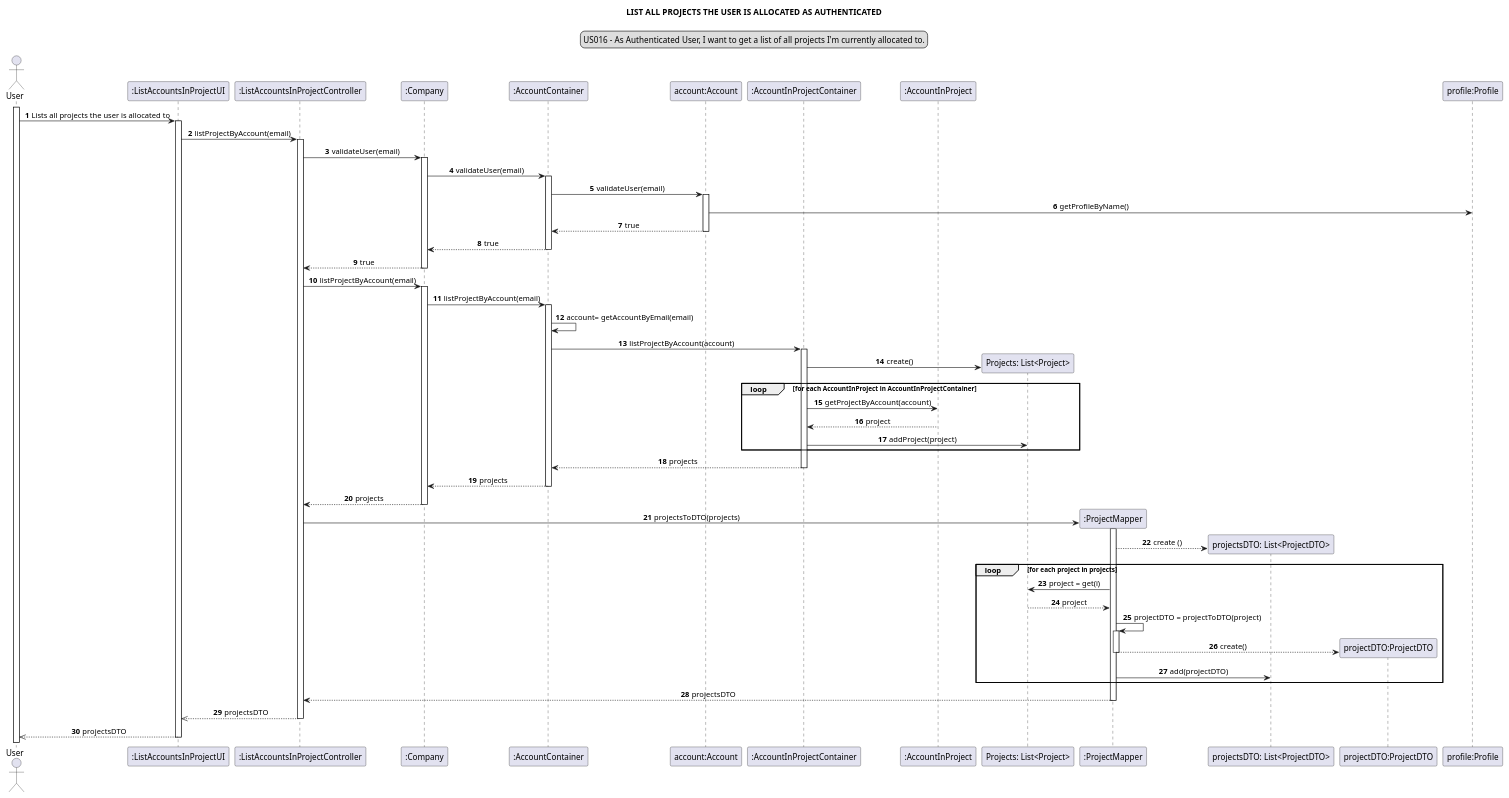
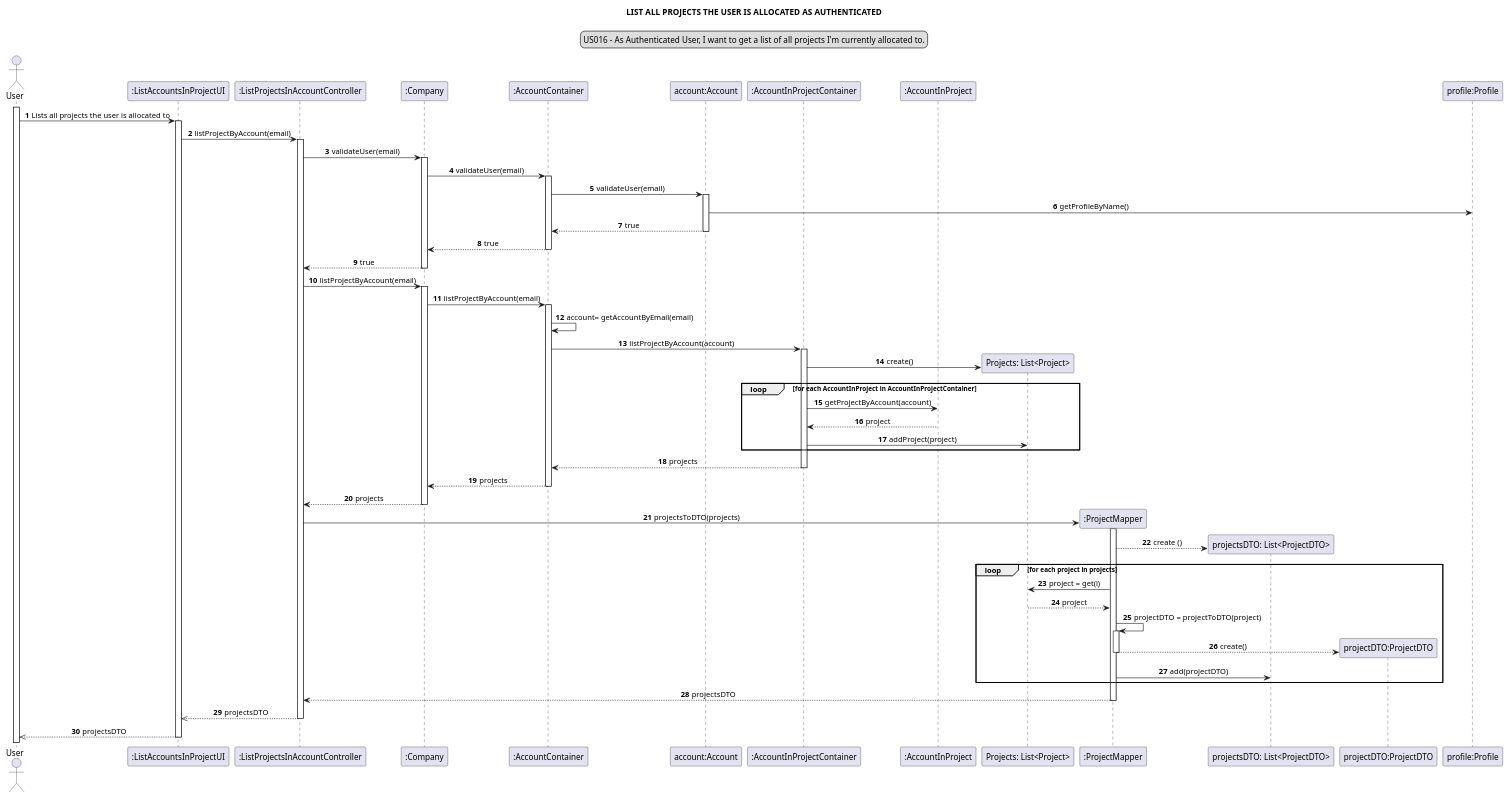
The diagram in docs/modelling_design/user_stories/sprint02/us016/US016_sequenceDiagram.puml (Loracline/project_switch_22-23), drawn with PlantUML before and after one commit.

Commit message:
US016:Implementation: added isUser method to Profile class and Account Class; added validateUser to AccountContainer Class and Company Class; Added respective tests to each ClassTest

```diff
--- a/docs/modelling_design/user_stories/sprint02/us016/US016_sequenceDiagram.puml
+++ b/docs/modelling_design/user_stories/sprint02/us016/US016_sequenceDiagram.puml
@@ -1,89 +1,89 @@
 @startuml
 skinparam sequenceMessageAlign center
 title LIST ALL PROJECTS THE USER IS ALLOCATED AS AUTHENTICATED
 legend top
 US016 - As Authenticated User, I want to get a list of all projects I'm currently allocated to.
 end legend
 autonumber
 actor User
 participant ":ListAccountsInProjectUI" as ui
-participant ":ListAccountsInProjectController" as controller
+participant ":ListProjectsInAccountController" as controller
 participant ":Company" as company
 participant ":AccountContainer" as container
 
 participant "account:Account" as acc
 participant ":AccountInProjectContainer" as aipc
 participant ":AccountInProject" as aip
 participant "Projects: List<Project>" as list
 participant ":ProjectMapper" as mapper
 participant "projectsDTO: List<ProjectDTO>" as listdto
 participant "projectDTO:ProjectDTO" as DTO
 participant "profile:Profile" as pf
 
 activate User
 User -> ui: Lists all projects the user is allocated to
 activate ui
 ui -> controller: listProjectByAccount(email)
 activate controller
 controller -> company: validateUser(email)
 activate company
 
 company -> container: validateUser(email)
 activate container
 container -> acc: validateUser(email)
 activate acc
 acc -> pf: getProfileByName()
 acc-->container : true
 deactivate acc
 container--> company: true
 deactivate container
 company --> controller: true
 deactivate company
 controller -> company: listProjectByAccount(email)
 activate company
 company -> container : listProjectByAccount(email)
 activate container
 container -> container : account= getAccountByEmail(email)
 container -> aipc : listProjectByAccount(account)
 activate aipc
 
 create list
 aipc -> list :create()
 loop for each AccountInProject in AccountInProjectContainer
 aipc -> aip : getProjectByAccount(account)
 aip --> aipc : project
 aipc -> list : addProject(project)
 end loop
 aipc --> container : projects
 deactivate aipc
 container --> company : projects
 deactivate container
 
 deactivate container
 
 company --> controller : projects
 deactivate company
 create mapper
 controller -> mapper: projectsToDTO(projects)
 deactivate company
 activate mapper
 create listdto
 mapper --> listdto : create ()
 loop for each project in projects
 mapper -> list: project = get(i)
 list --> mapper: project
 deactivate aipc
 mapper -> mapper : projectDTO = projectToDTO(project)
 activate mapper
 create DTO
 mapper --> DTO : create()
 deactivate mapper
 mapper -> listdto :add(projectDTO)
 end loop
 mapper --> controller :projectsDTO
 deactivate mapper
 controller -->> ui: projectsDTO
 deactivate controller
 ui -->> User: projectsDTO
 deactivate ui
 @enduml
```
